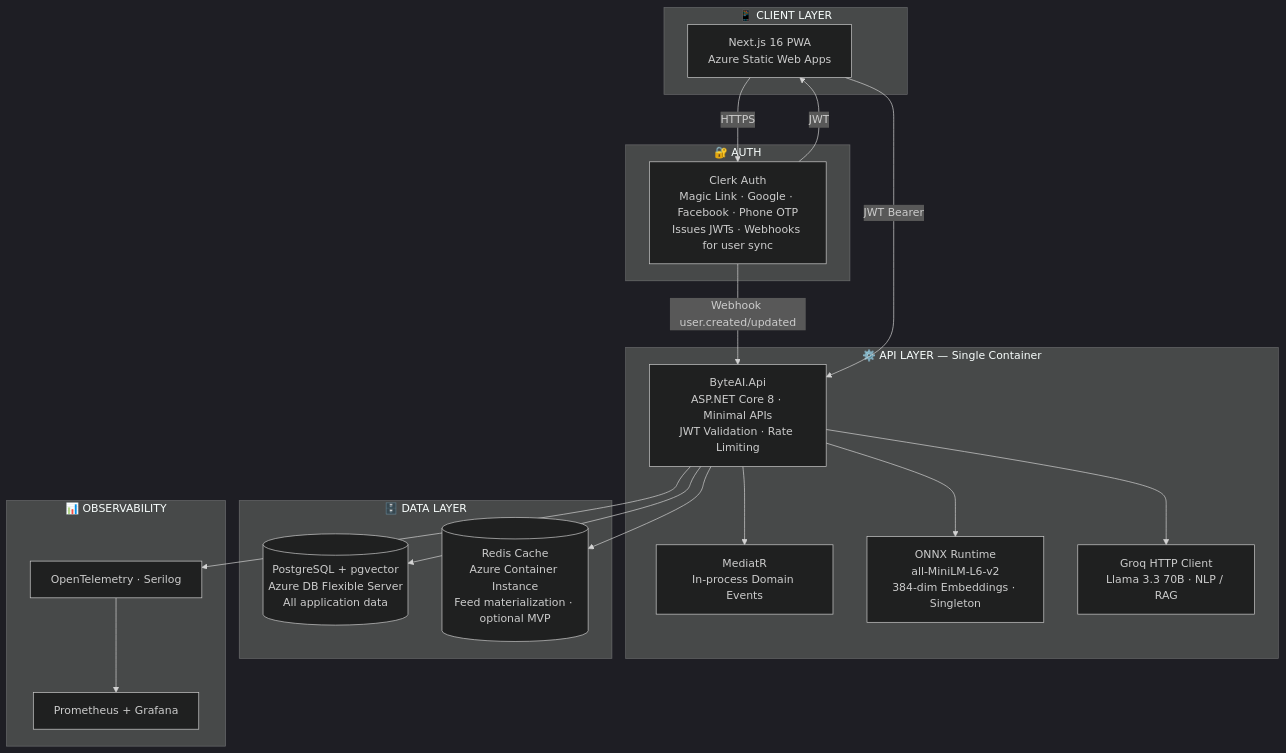
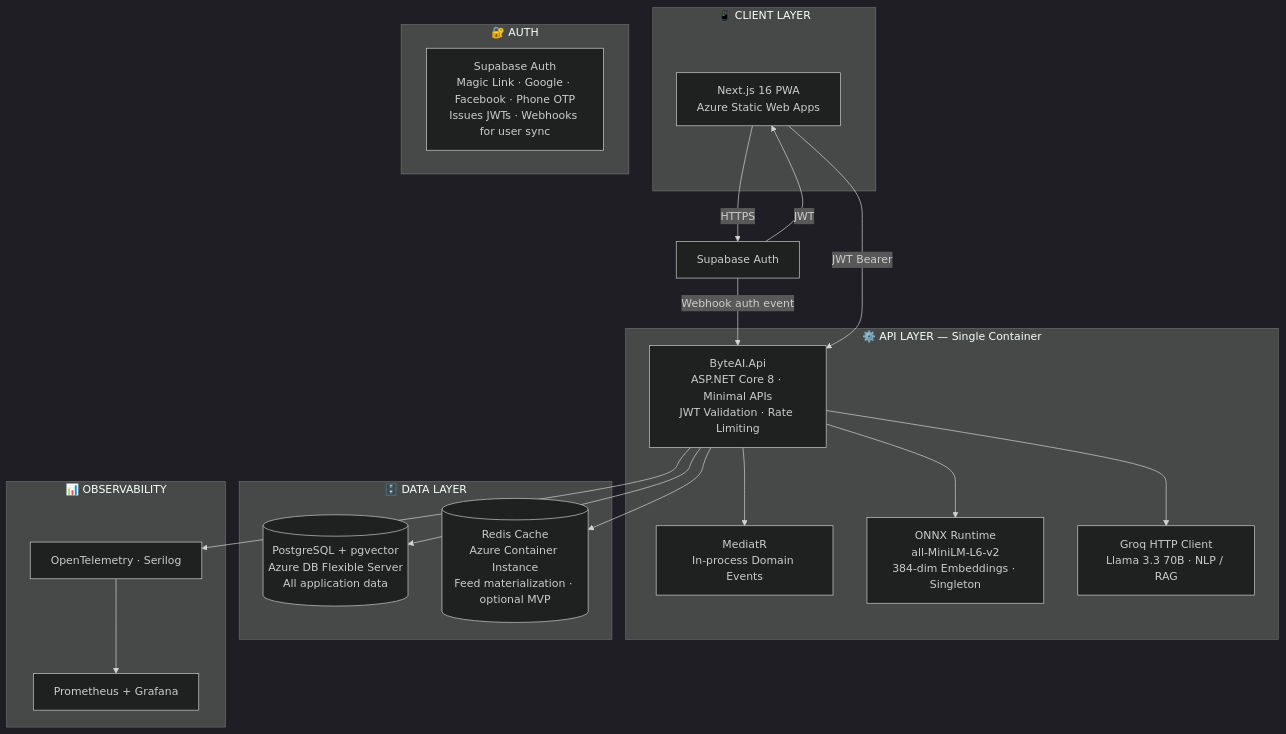
Before and after one commit to sravan4262/ByteAI: the first of 4 diagrams in .claude/docs/byteai-backend-architecture.md, drawn with Mermaid (dark theme). The commit also changed other lines of this file and 86 other files, not shown here.

````diff
--- a/.claude/docs/byteai-backend-architecture.md
+++ b/.claude/docs/byteai-backend-architecture.md
@@ -11,40 +11,40 @@
 ```mermaid
 graph TB
     subgraph CLIENT["📱 CLIENT LAYER"]
         PWA[Next.js 16 PWA<br/>Azure Static Web Apps]
     end
 
     subgraph AUTH["🔐 AUTH"]
-        CLERK[Clerk Auth<br/>Magic Link · Google · Facebook · Phone OTP<br/>Issues JWTs · Webhooks for user sync]
+        SUPABASE[Supabase Auth<br/>Magic Link · Google · Facebook · Phone OTP<br/>Issues JWTs · Webhooks for user sync]
     end
 
     subgraph API["⚙️ API LAYER — Single Container"]
         MONO[ByteAI.Api<br/>ASP.NET Core 8 · Minimal APIs<br/>JWT Validation · Rate Limiting]
         MEDI[MediatR<br/>In-process Domain Events]
         ONNX[ONNX Runtime<br/>all-MiniLM-L6-v2<br/>384-dim Embeddings · Singleton]
         GROQ[Groq HTTP Client<br/>Llama 3.3 70B · NLP / RAG]
     end
 
     subgraph DATA["🗄️ DATA LAYER"]
         PG[(PostgreSQL + pgvector<br/>Azure DB Flexible Server<br/>All application data)]
         REDIS[(Redis Cache<br/>Azure Container Instance<br/>Feed materialization · optional MVP)]
     end
 
     subgraph OBS["📊 OBSERVABILITY"]
         OT[OpenTelemetry · Serilog]
         PROM[Prometheus + Grafana]
     end
 
-    PWA -->|HTTPS| CLERK
-    CLERK -->|JWT| PWA
-    CLERK -->|Webhook user.created/updated| MONO
+    PWA -->|HTTPS| SUPA[Supabase Auth]
+    SUPA -->|JWT| PWA
+    SUPA -->|Webhook auth event| MONO
     PWA -->|JWT Bearer| MONO
 
     MONO --> MEDI
     MONO --> ONNX
     MONO --> GROQ
     MONO --> PG
     MONO --> REDIS
 
     MONO --> OT --> PROM
 ```
````
